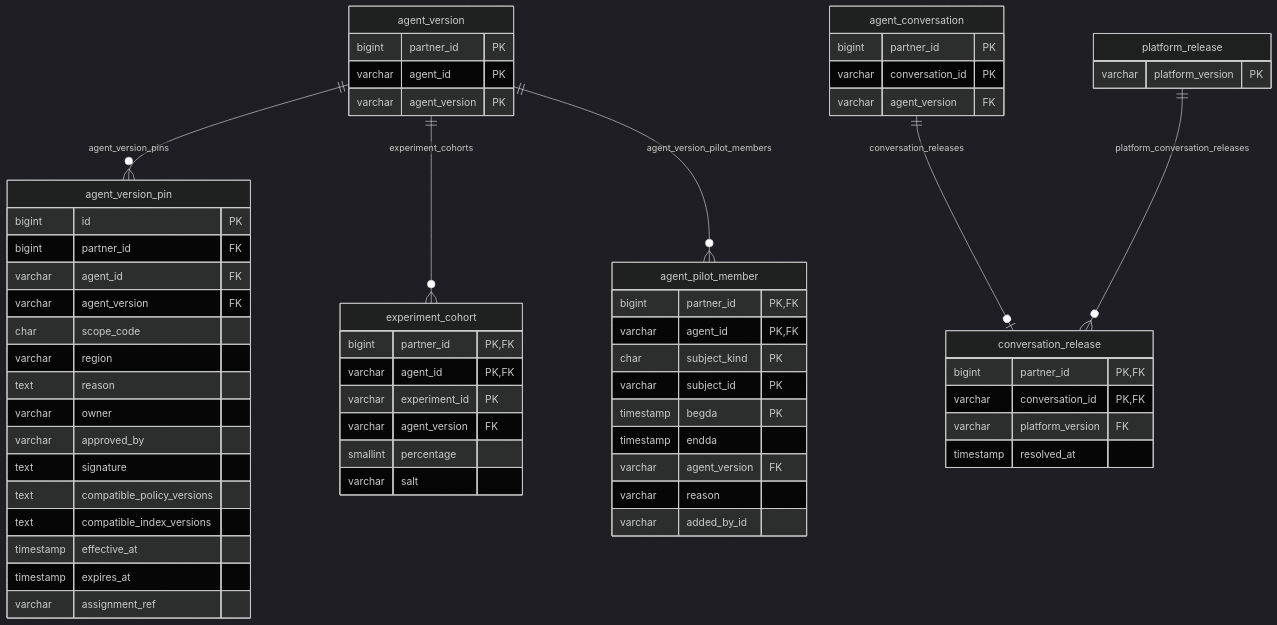
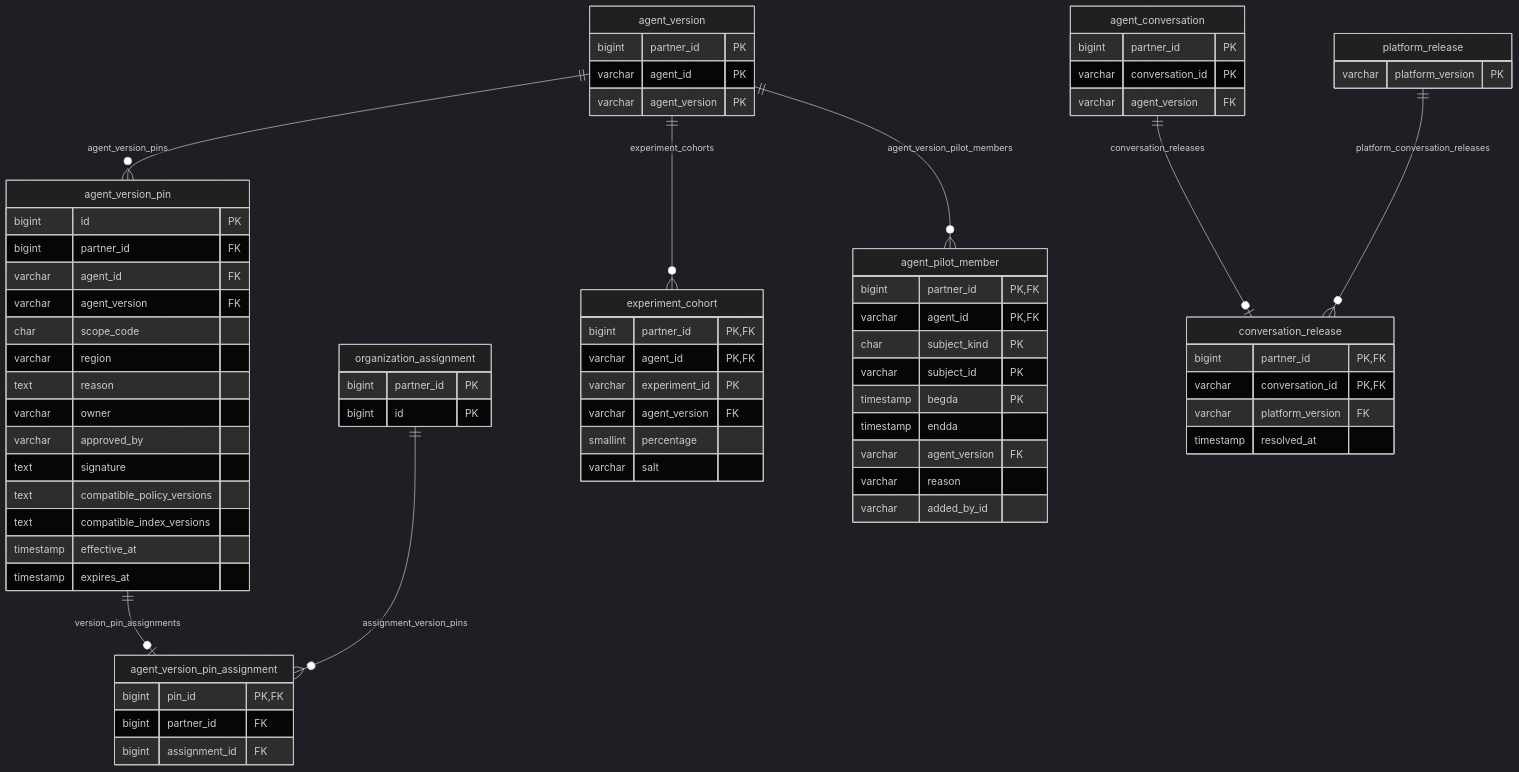
Diagram 21 of 24 in doc/database.md (nauticana/scout), drawn with Mermaid (dark theme) before and after one commit. The commit also changed other lines of this file and 31 other files, not shown here.

Commit message:
foreign keys into Charter's stored documents

````diff
--- a/doc/database.md
+++ b/doc/database.md
@@ -2187,64 +2227,74 @@
 ```mermaid
 erDiagram
     agent_version ||--o{ agent_version_pin : agent_version_pins
+    agent_version_pin ||--o| agent_version_pin_assignment : version_pin_assignments
+    organization_assignment ||--o{ agent_version_pin_assignment : assignment_version_pins
     agent_version ||--o{ experiment_cohort : experiment_cohorts
     agent_version ||--o{ agent_pilot_member : agent_version_pilot_members
     agent_conversation ||--o| conversation_release : conversation_releases
     platform_release ||--o{ conversation_release : platform_conversation_releases
 
     agent_version {
         bigint partner_id PK
         varchar agent_id PK
         varchar agent_version PK
     }
     agent_conversation {
         bigint partner_id PK
         varchar conversation_id PK
         varchar agent_version FK
     }
     platform_release {
         varchar platform_version PK
     }
     agent_version_pin {
         bigint id PK
         bigint partner_id FK
         varchar agent_id FK
         varchar agent_version FK
         char scope_code
         varchar region
         text reason
         varchar owner
         varchar approved_by
         text signature
         text compatible_policy_versions
         text compatible_index_versions
         timestamp effective_at
         timestamp expires_at
-        varchar assignment_ref
+    }
+    organization_assignment {
+        bigint partner_id PK
+        bigint id PK
+    }
+    agent_version_pin_assignment {
+        bigint pin_id PK,FK
+        bigint partner_id FK
+        bigint assignment_id FK
     }
     experiment_cohort {
         bigint partner_id PK,FK
         varchar agent_id PK,FK
         varchar experiment_id PK
         varchar agent_version FK
         smallint percentage
         varchar salt
     }
     agent_pilot_member {
         bigint partner_id PK,FK
         varchar agent_id PK,FK
         char subject_kind PK
         varchar subject_id PK
         timestamp begda PK
         timestamp endda
         varchar agent_version FK
         varchar reason
         varchar added_by_id
     }
     conversation_release {
         bigint partner_id PK,FK
         varchar conversation_id PK,FK
         varchar platform_version FK
         timestamp resolved_at
     }
 ```
````
